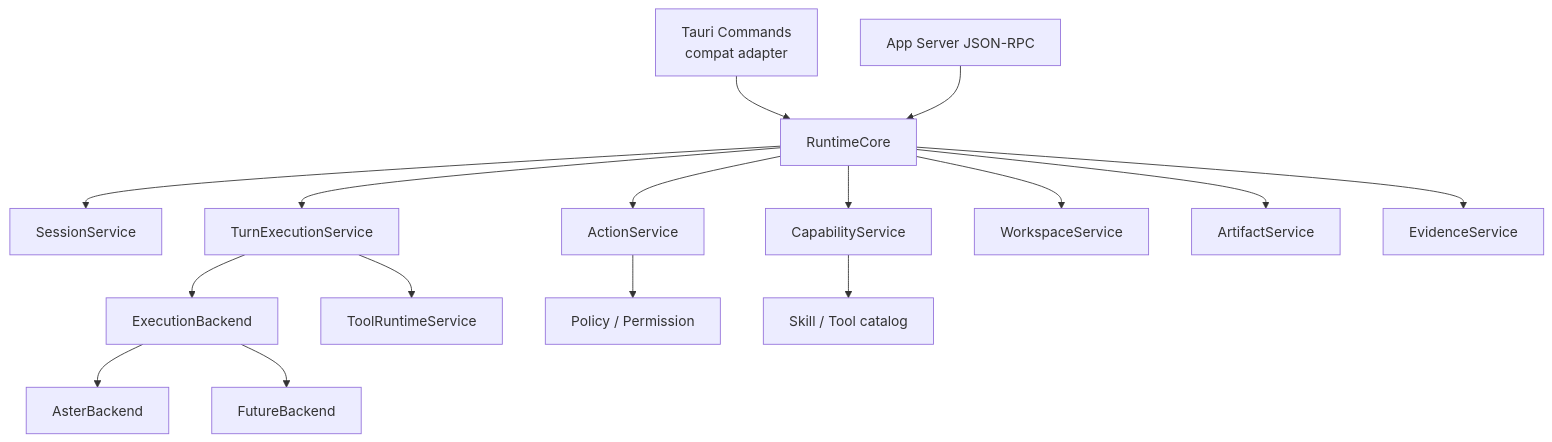
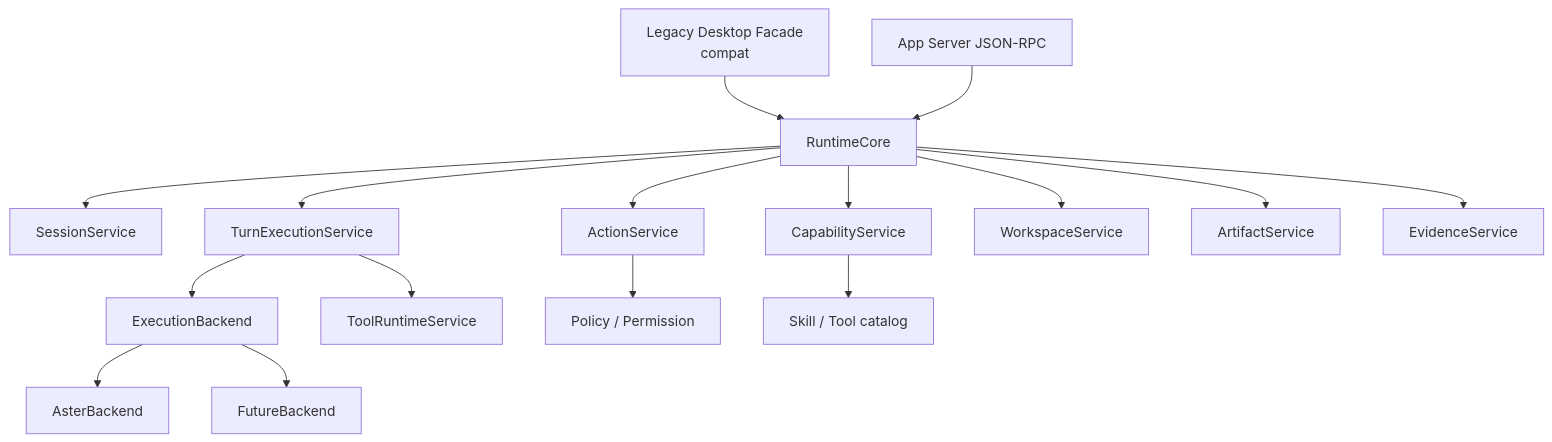
The diagram in internal/roadmap/appserver/service-extraction.md (jiujuan/lime), drawn with Mermaid before and after one commit. The commit also changed other lines of this file and 258 other files, not shown here.

````diff
--- a/internal/roadmap/appserver/service-extraction.md
+++ b/internal/roadmap/appserver/service-extraction.md
@@ -34,20 +34,20 @@
 ```mermaid
 flowchart TB
-    Tauri["Tauri Commands<br/>compat adapter"] --> Facade["RuntimeCore"]
+    DesktopFacade["Legacy Desktop Facade<br/>compat"] --> Facade["RuntimeCore"]
     Server["App Server JSON-RPC"] --> Facade
 
     Facade --> Session["SessionService"]
     Facade --> Turn["TurnExecutionService"]
     Facade --> Action["ActionService"]
     Facade --> Capability["CapabilityService"]
     Facade --> Workspace["WorkspaceService"]
     Facade --> Artifact["ArtifactService"]
     Facade --> Evidence["EvidenceService"]
 
     Turn --> Backend["ExecutionBackend"]
     Backend --> Aster["AsterBackend"]
     Backend --> Future["FutureBackend"]
     Turn --> Tool["ToolRuntimeService"]
     Action --> Policy["Policy / Permission"]
     Capability --> Skills["Skill / Tool catalog"]
 ```
````
